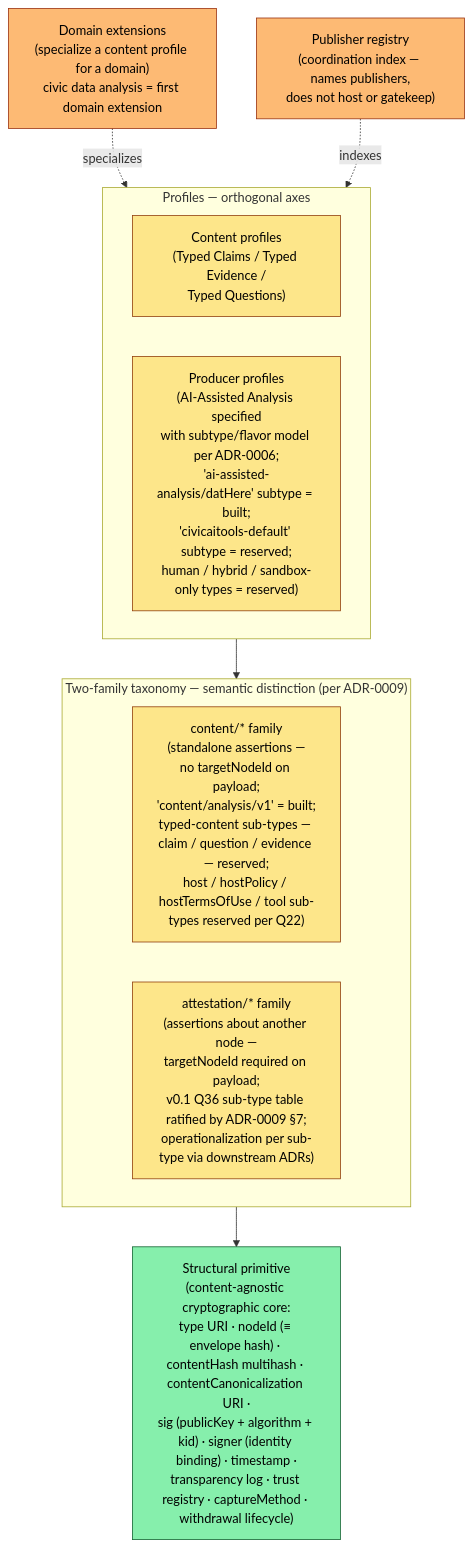
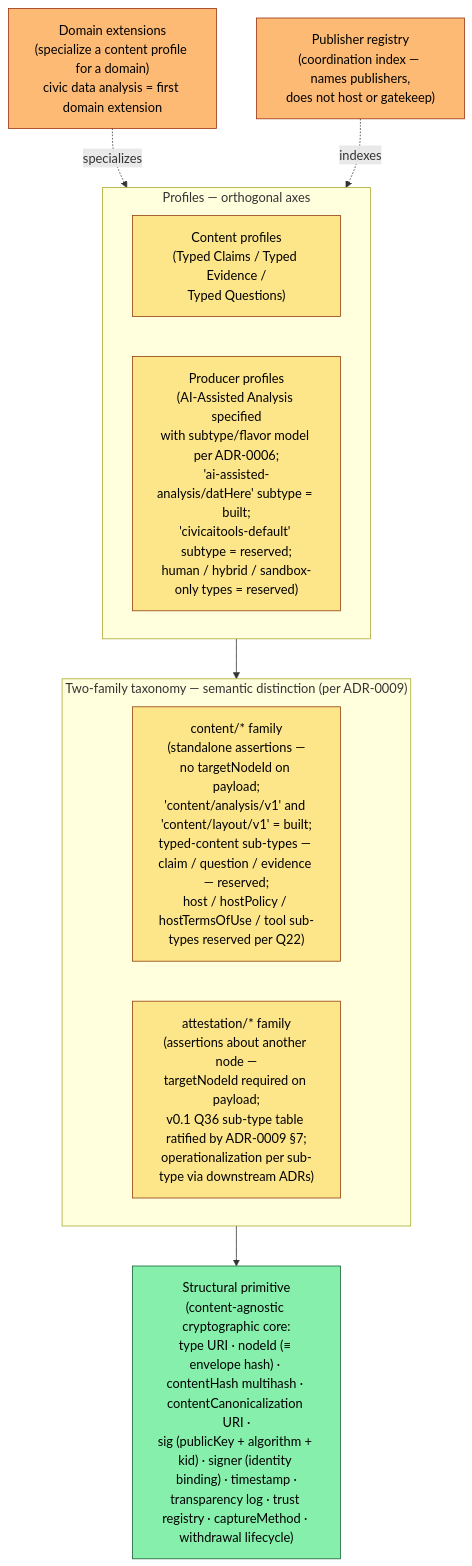
One commit to npstorey/civic-ai-tools changed the first of 4 diagrams in docs/architecture/typed-standards-specification.md. Above: the diagram before and after it, drawn with Mermaid. The commit also changed other lines of this file and 1 other file, not shown here.

````diff
--- a/docs/architecture/typed-standards-specification.md
+++ b/docs/architecture/typed-standards-specification.md
@@ -248,28 +249,28 @@
 ```mermaid
 flowchart TB
  REG["Publisher registry<br/>(coordination index — names publishers,<br/>does not host or gatekeep)"]:::reserved
  DX["Domain extensions<br/>(specialize a content profile for a domain)<br/>civic data analysis = first domain extension"]:::reserved
 
  subgraph PROF["Profiles — orthogonal axes"]
  direction LR
  CP["Content profiles<br/>(Typed Claims / Typed Evidence /<br/>Typed Questions)"]:::partial
  PP["Producer profiles<br/>(AI-Assisted Analysis specified<br/>with subtype/flavor model per ADR-0006;<br/>'ai-assisted-analysis/datHere' subtype = built;<br/>'civicaitools-default' subtype = reserved;<br/>human / hybrid / sandbox-only types = reserved)"]:::partial
  end
 
  subgraph TYPED["Two-family taxonomy — semantic distinction (per ADR-0009)"]
  direction LR
- CONTENT["content/* family<br/>(standalone assertions —<br/>no targetNodeId on payload;<br/>'content/analysis/v1' = built;<br/>typed-content sub-types — claim / question / evidence — reserved;<br/>host / hostPolicy / hostTermsOfUse / tool sub-types reserved per Q22)"]:::partial
+ CONTENT["content/* family<br/>(standalone assertions —<br/>no targetNodeId on payload;<br/>'content/analysis/v1' and 'content/layout/v1' = built;<br/>typed-content sub-types — claim / question / evidence — reserved;<br/>host / hostPolicy / hostTermsOfUse / tool sub-types reserved per Q22)"]:::partial
  ATTESTATION["attestation/* family<br/>(assertions about another node —<br/>targetNodeId required on payload;<br/>v0.1 Q36 sub-type table ratified by ADR-0009 §7;<br/>operationalization per sub-type via downstream ADRs)"]:::partial
  end
 
  ENV["Structural primitive<br/>(content-agnostic cryptographic core:<br/>type URI · nodeId (≡ envelope hash) · contentHash multihash · contentCanonicalization URI ·<br/>sig (publicKey + algorithm + kid) · signer (identity binding) · timestamp ·<br/>transparency log · trust registry · captureMethod · withdrawal lifecycle)"]:::built
 
  REG -.indexes.-> PROF
  DX -.specializes.-> CP
  PROF --> TYPED
  TYPED --> ENV
 
  classDef built fill:#86efac,stroke:#166534,color:#000
  classDef partial fill:#fde68a,stroke:#92400e,color:#000
  classDef reserved fill:#fdba74,stroke:#9a3412,color:#000
 ```
````
